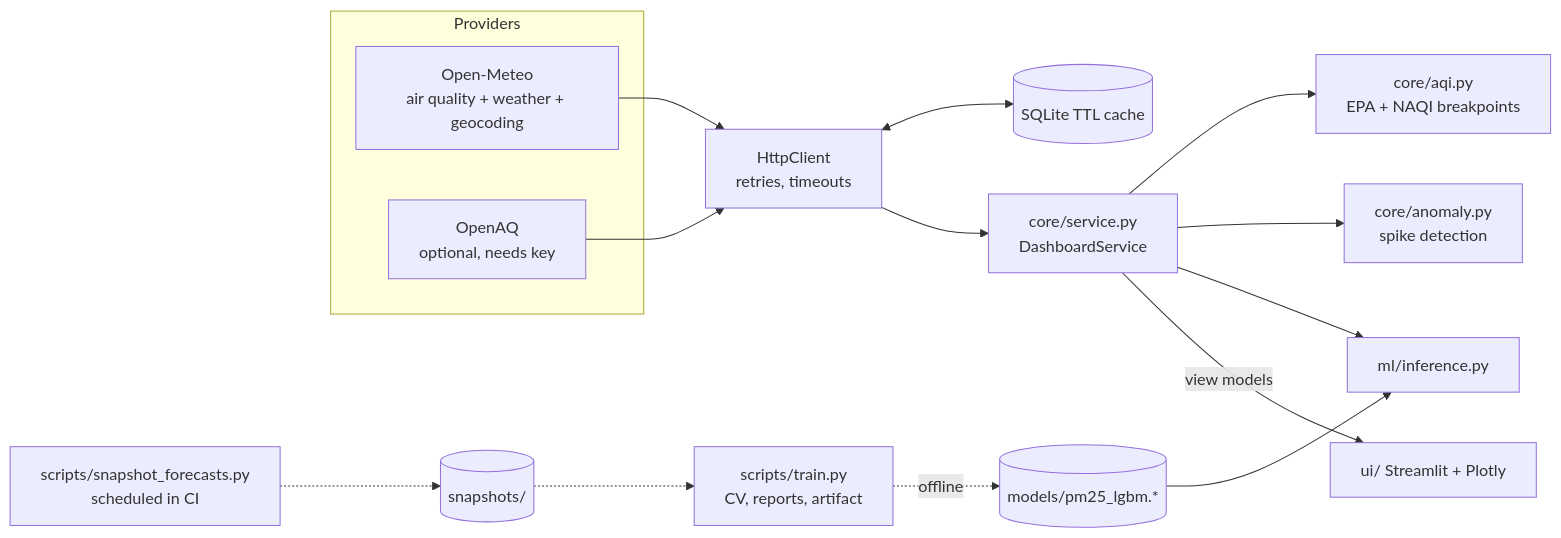
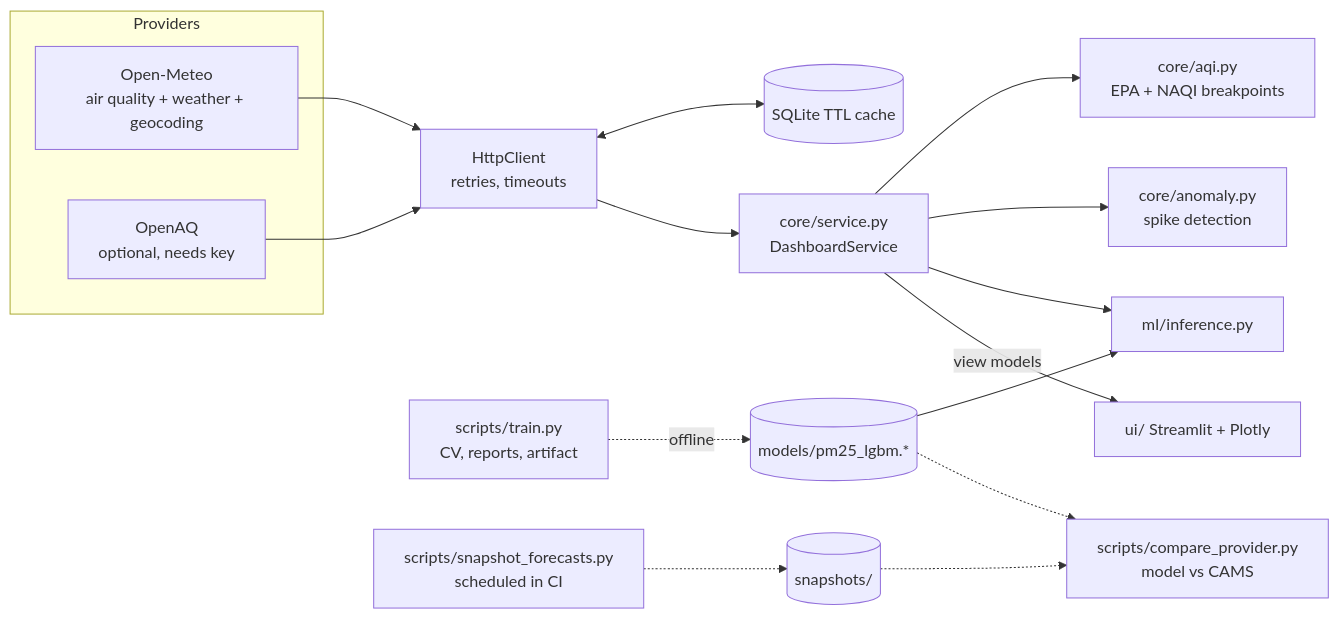
Before and after one commit to RoboDevelopX/Air-Quality-Dashboard: the diagram in README.md, drawn with Mermaid. The commit also changed other lines of this file and 3 other files, not shown here.

````diff
--- a/README.md
+++ b/README.md
@@ -28,18 +29,19 @@
 ```mermaid
 flowchart LR
     subgraph Providers
         OM[Open-Meteo<br/>air quality + weather + geocoding]
         OAQ[OpenAQ<br/>optional, needs key]
     end
     OM & OAQ --> HTTP[HttpClient<br/>retries, timeouts]
     HTTP <--> CACHE[(SQLite TTL cache)]
     HTTP --> SVC[core/service.py<br/>DashboardService]
     SVC --> AQI[core/aqi.py<br/>EPA + NAQI breakpoints]
     SVC --> ANOM[core/anomaly.py<br/>spike detection]
     SVC --> INF[ml/inference.py]
     ART[(models/pm25_lgbm.*)] --> INF
     SVC -->|view models| UI[ui/ Streamlit + Plotly]
     TRAIN[scripts/train.py<br/>CV, reports, artifact] -.offline.-> ART
     SNAP[scripts/snapshot_forecasts.py<br/>scheduled in CI] -.-> SNAPS[(snapshots/)]
-    SNAPS -.-> TRAIN
+    SNAPS -.-> CMP[scripts/compare_provider.py<br/>model vs CAMS]
+    ART -.-> CMP
 ```
````
